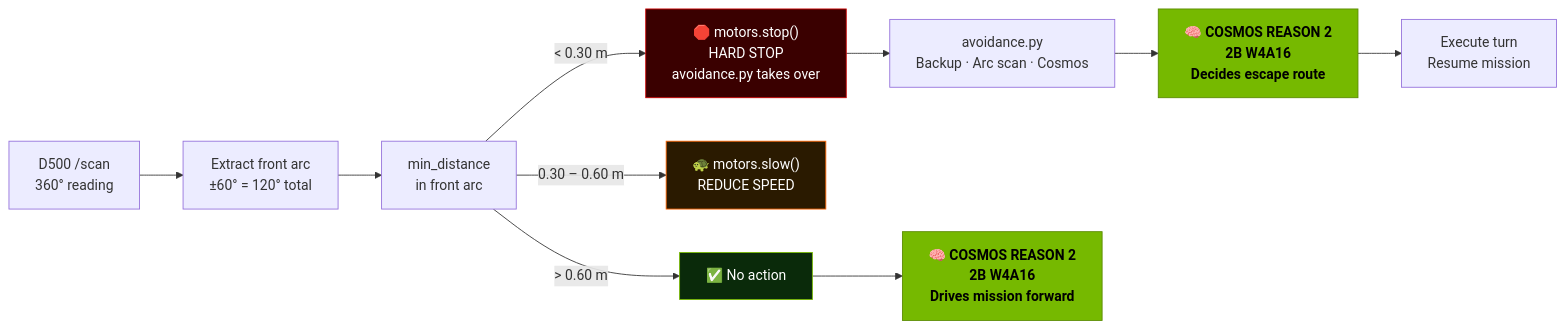
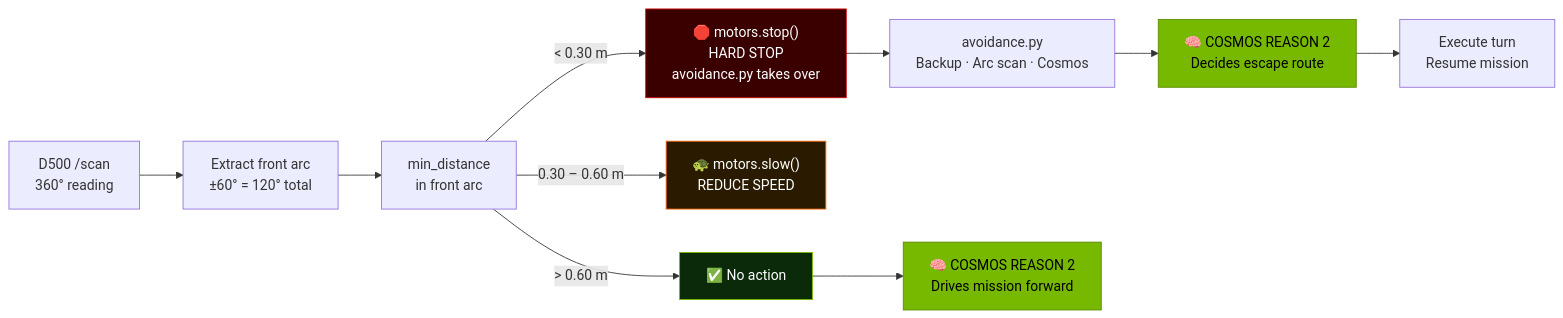
One commit to OppaAI/eric changed the third of 8 diagrams in README.md. Above: the diagram before and after it, drawn with Mermaid. The commit also changed other lines of this file and 2 other files, not shown here.

````diff
--- a/README.md
+++ b/README.md
@@ -151,24 +151,24 @@
 ```mermaid
 flowchart LR
-    SCAN["D500 /scan\n360° reading"]
-    ARC_FRONT["Extract front arc\n±60° = 120° total"]
-    MIN["min_distance\nin front arc"]
+    SCAN["D500 /scan<br/>360° reading"]
+    ARC_FRONT["Extract front arc<br/>±60° = 120° total"]
+    MIN["min_distance<br/>in front arc"]
 
-    MIN -->|"< 0.30 m"| STOP["🛑 motors.stop()\nHARD STOP\navoidance.py takes over"]
-    MIN -->|"0.30 – 0.60 m"| SLOW["🐢 motors.slow()\nREDUCE SPEED"]
-    MIN -->|"> 0.60 m"| CLEAR_ACT["✅ No action"]
+    MIN -->|"&lt; 0.30 m"| STOP["🛑 motors.stop()<br/>HARD STOP<br/>avoidance.py takes over"]
+    MIN -->|"0.30 – 0.60 m"| SLOW["🐢 motors.slow()<br/>REDUCE SPEED"]
+    MIN -->|"&gt; 0.60 m"| CLEAR_ACT["✅ No action"]
 
-    STOP --> AVPIPE["avoidance.py\nBackup · Arc scan · Cosmos"]
-    AVPIPE --> COSMOS_D["🧠 COSMOS REASON 2\n2B W4A16\nDecides escape route"]
-    COSMOS_D --> ESCAPE["Execute turn\nResume mission"]
+    STOP --> AVPIPE["avoidance.py<br/>Backup · Arc scan · Cosmos"]
+    AVPIPE --> COSMOS_D["🧠 COSMOS REASON 2<br/>Decides escape route"]
+    COSMOS_D --> ESCAPE["Execute turn<br/>Resume mission"]
 
-    CLEAR_ACT --> COSMOS_NAV["🧠 COSMOS REASON 2\n2B W4A16\nDrives mission forward"]
+    CLEAR_ACT --> COSMOS_NAV["🧠 COSMOS REASON 2<br/>Drives mission forward"]
 
     SCAN --> ARC_FRONT --> MIN
 
     style STOP fill:#3a0000,stroke:#cc0000,color:#ffffff
     style SLOW fill:#2a1a00,stroke:#ff6600,color:#ffffff
     style CLEAR_ACT fill:#0a2a0a,stroke:#76b900,color:#ffffff
-    style COSMOS_D fill:#76b900,stroke:#5a8a00,color:#000000,font-weight:bold
-    style COSMOS_NAV fill:#76b900,stroke:#5a8a00,color:#000000,font-weight:bold
+    style COSMOS_D fill:#76b900,stroke:#5a8a00,color:#000000
+    style COSMOS_NAV fill:#76b900,stroke:#5a8a00,color:#000000
 ```
````
